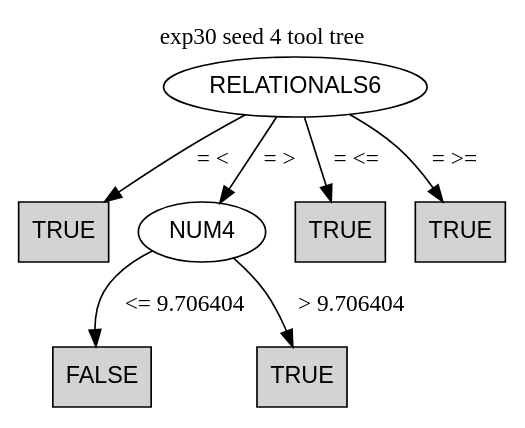
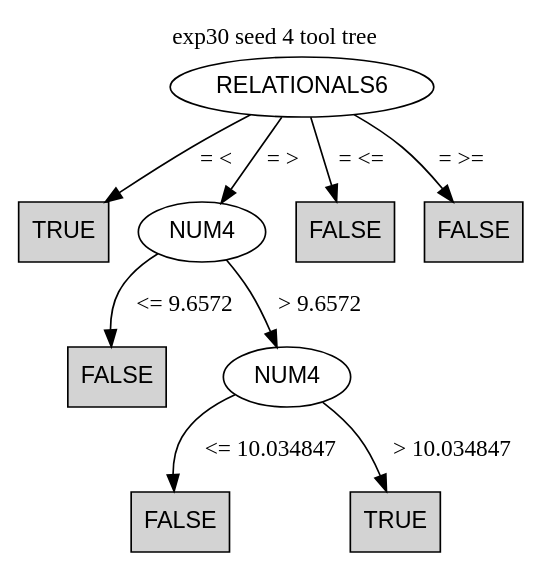
Before and after one commit to rdinizcal/Diagnosis-replication-package: the diagram in derived_results/tool_trees/exp30/seed4/tool_tree.dot, drawn with Graphviz. The commit also changed 666 other files, not shown here.

```diff
--- a/derived_results/tool_trees/exp30/seed4/tool_tree.dot
+++ b/derived_results/tool_trees/exp30/seed4/tool_tree.dot
@@ -1,18 +1,22 @@
 digraph J48Tree {
 rankdir=TB;
 node [fontname=Helvetica];
 label="exp30 seed 4 tool tree"; labelloc=t;
 N0 [label="RELATIONALS6",shape=ellipse];
 N1 [label="TRUE",shape=box,style=filled,fillcolor=lightgray];
 N2 [label="NUM4",shape=ellipse];
 N3 [label="FALSE",shape=box,style=filled,fillcolor=lightgray];
-N4 [label="TRUE",shape=box,style=filled,fillcolor=lightgray];
-N5 [label="TRUE",shape=box,style=filled,fillcolor=lightgray];
+N4 [label="NUM4",shape=ellipse];
+N5 [label="FALSE",shape=box,style=filled,fillcolor=lightgray];
 N6 [label="TRUE",shape=box,style=filled,fillcolor=lightgray];
+N7 [label="FALSE",shape=box,style=filled,fillcolor=lightgray];
+N8 [label="FALSE",shape=box,style=filled,fillcolor=lightgray];
 N0 -> N1 [label="= <"];
 N0 -> N2 [label="= >"];
-N2 -> N3 [label="<= 9.706404"];
-N2 -> N4 [label="> 9.706404"];
-N0 -> N5 [label="= <="];
-N0 -> N6 [label="= >="];
+N2 -> N3 [label="<= 9.6572"];
+N2 -> N4 [label="> 9.6572"];
+N4 -> N5 [label="<= 10.034847"];
+N4 -> N6 [label="> 10.034847"];
+N0 -> N7 [label="= <="];
+N0 -> N8 [label="= >="];
 }
```
